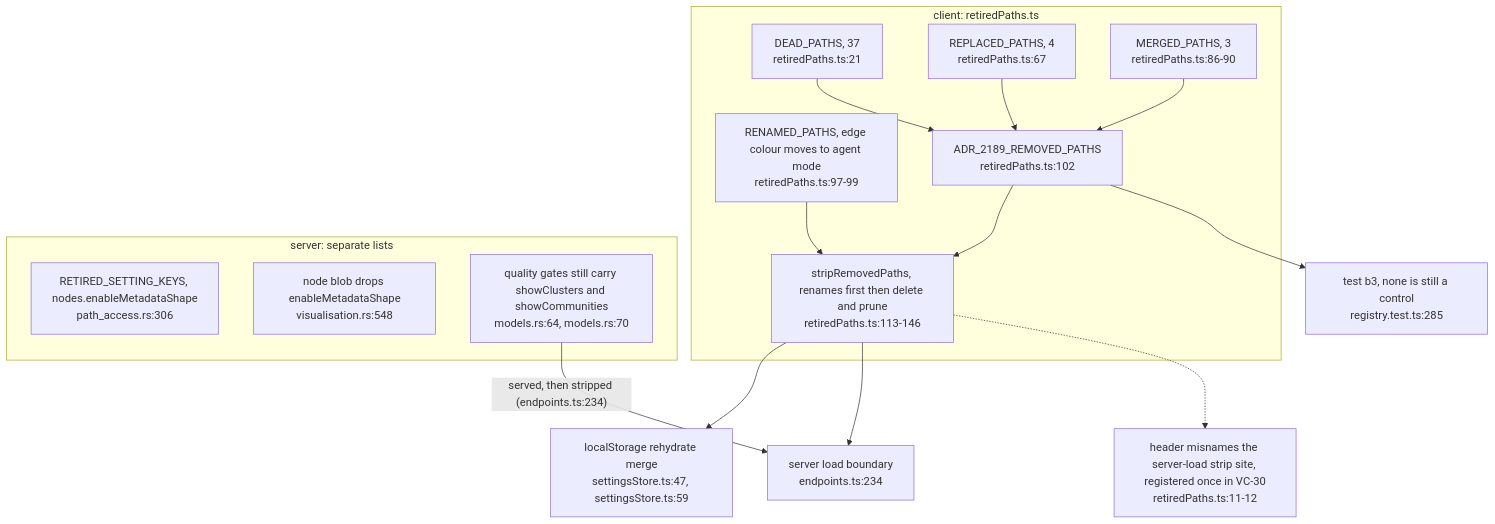
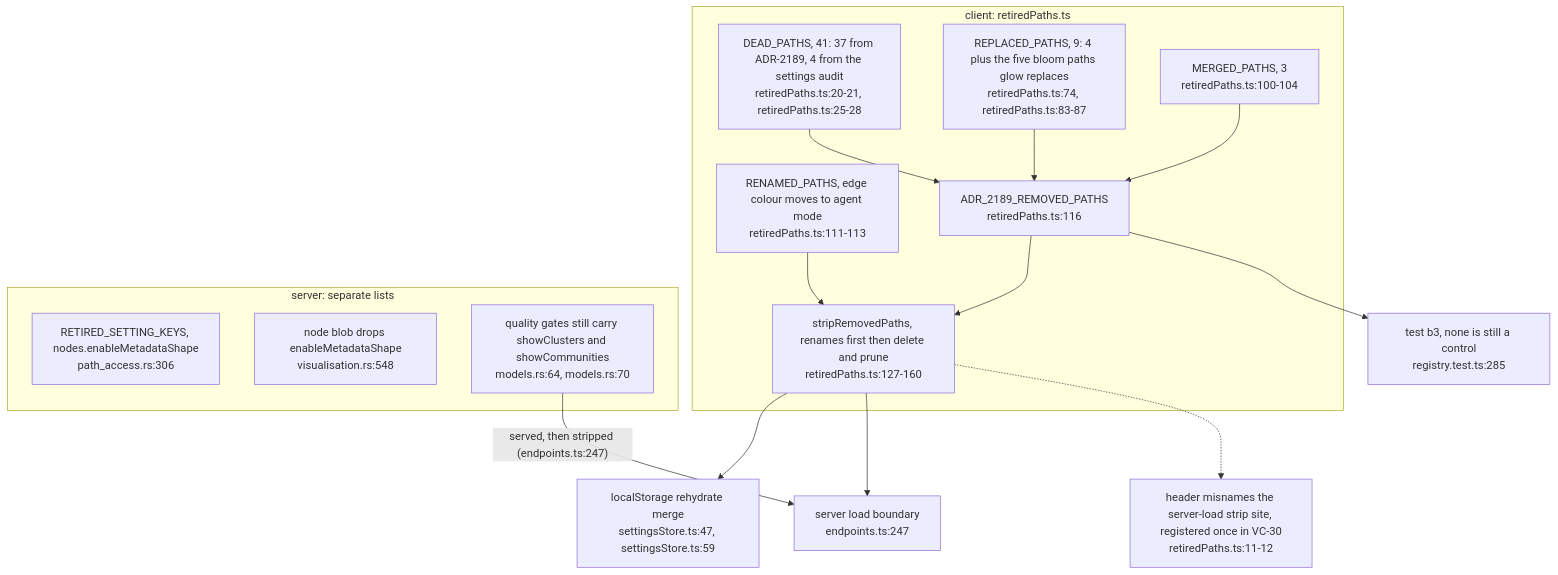
Before and after one commit to DreamLab-AI/VisionFlow: diagram 11 of 12 in docs/diagrams/visionclaw/57-control-centre-ia-and-drawer.md, drawn with Mermaid. The commit also changed other lines of this file and 46 other files, not shown here.

Commit message:
docs(diagrams): re-verify VisionClaw topics at 809a859aa/a950f4d80 after the consolidation pass

````diff
--- a/docs/diagrams/visionclaw/57-control-centre-ia-and-drawer.md
+++ b/docs/diagrams/visionclaw/57-control-centre-ia-and-drawer.md
@@ -310,26 +337,26 @@
 ```mermaid
 flowchart TB
     subgraph client["client: retiredPaths.ts"]
-        DP["DEAD_PATHS, 37<br/>retiredPaths.ts:21"]
-        RP["REPLACED_PATHS, 4<br/>retiredPaths.ts:67"]
-        MP["MERGED_PATHS, 3<br/>retiredPaths.ts:86-90"]
-        RN["RENAMED_PATHS, edge colour moves to agent mode<br/>retiredPaths.ts:97-99"]
-        ALL["ADR_2189_REMOVED_PATHS<br/>retiredPaths.ts:102"]
-        STRIP["stripRemovedPaths, renames first then delete and prune<br/>retiredPaths.ts:113-146"]
+        DP["DEAD_PATHS, 41: 37 from ADR-2189, 4 from the settings audit<br/>retiredPaths.ts:20-21, retiredPaths.ts:25-28"]
+        RP["REPLACED_PATHS, 9: 4 plus the five bloom paths glow replaces<br/>retiredPaths.ts:74, retiredPaths.ts:83-87"]
+        MP["MERGED_PATHS, 3<br/>retiredPaths.ts:100-104"]
+        RN["RENAMED_PATHS, edge colour moves to agent mode<br/>retiredPaths.ts:111-113"]
+        ALL["ADR_2189_REMOVED_PATHS<br/>retiredPaths.ts:116"]
+        STRIP["stripRemovedPaths, renames first then delete and prune<br/>retiredPaths.ts:127-160"]
     end
     DP --> ALL
     RP --> ALL
     MP --> ALL
     ALL --> STRIP
     RN --> STRIP
     STRIP --> S1["localStorage rehydrate merge<br/>settingsStore.ts:47, settingsStore.ts:59"]
-    STRIP --> S2["server load boundary<br/>endpoints.ts:234"]
+    STRIP --> S2["server load boundary<br/>endpoints.ts:247"]
     ALL --> S3["test b3, none is still a control<br/>registry.test.ts:285"]
     STRIP -.-> DR["header misnames the server-load strip site, registered once in VC-30<br/>retiredPaths.ts:11-12"]
     subgraph server["server: separate lists"]
         PA["RETIRED_SETTING_KEYS, nodes.enableMetadataShape<br/>path_access.rs:306"]
         DV["node blob drops enableMetadataShape<br/>visualisation.rs:548"]
         QG["quality gates still carry showClusters and showCommunities<br/>models.rs:64, models.rs:70"]
     end
-    QG -->|"served, then stripped (endpoints.ts:234)"| S2
+    QG -->|"served, then stripped (endpoints.ts:247)"| S2
 ```
````
